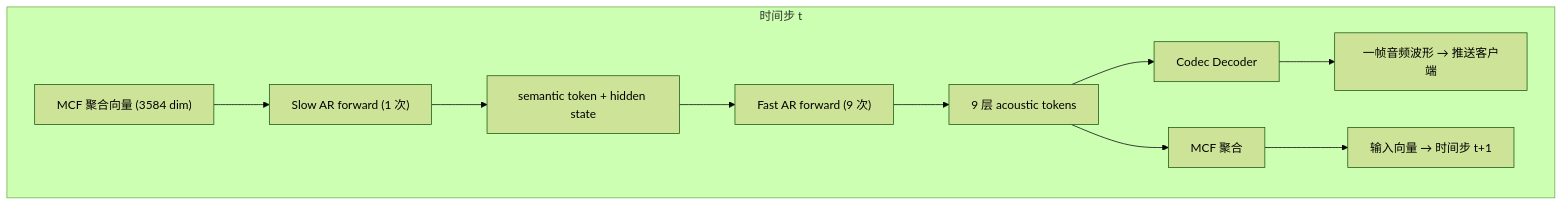
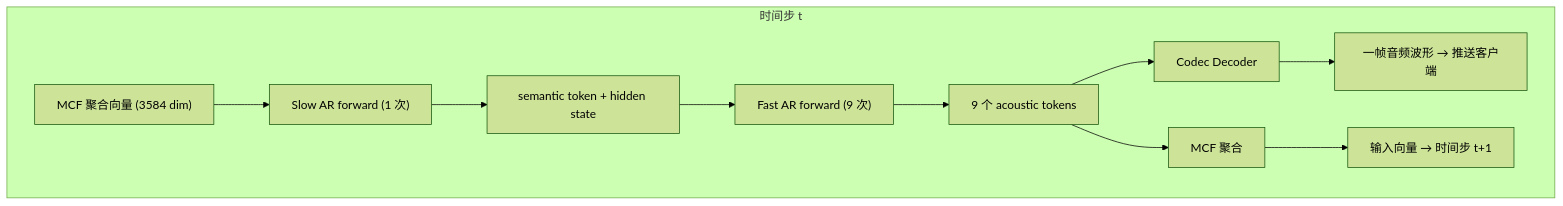
Before and after one commit to zhaochenyang20/Awesome-ML-SYS-Tutorial: the second of 2 diagrams in transformers/omni/readme.md, drawn with Mermaid (forest theme). The commit also changed other lines of this file, not shown here.

````diff
--- a/transformers/omni/readme.md
+++ b/transformers/omni/readme.md
@@ -156,13 +117,13 @@
 ```mermaid
 graph TD
     subgraph "时间步 t"
         A["MCF 聚合向量 (3584 dim)"] --> B["Slow AR forward (1 次)"]
         B --> C["semantic token + hidden state"]
         C --> D["Fast AR forward (9 次)"]
-        D --> E["9 层 acoustic tokens"]
+        D --> E["9 个 acoustic tokens"]
         E --> F["Codec Decoder"]
         E --> G["MCF 聚合"]
         F --> H["一帧音频波形 → 推送客户端"]
         G --> I["输入向量 → 时间步 t+1"]
     end
 ```
````
